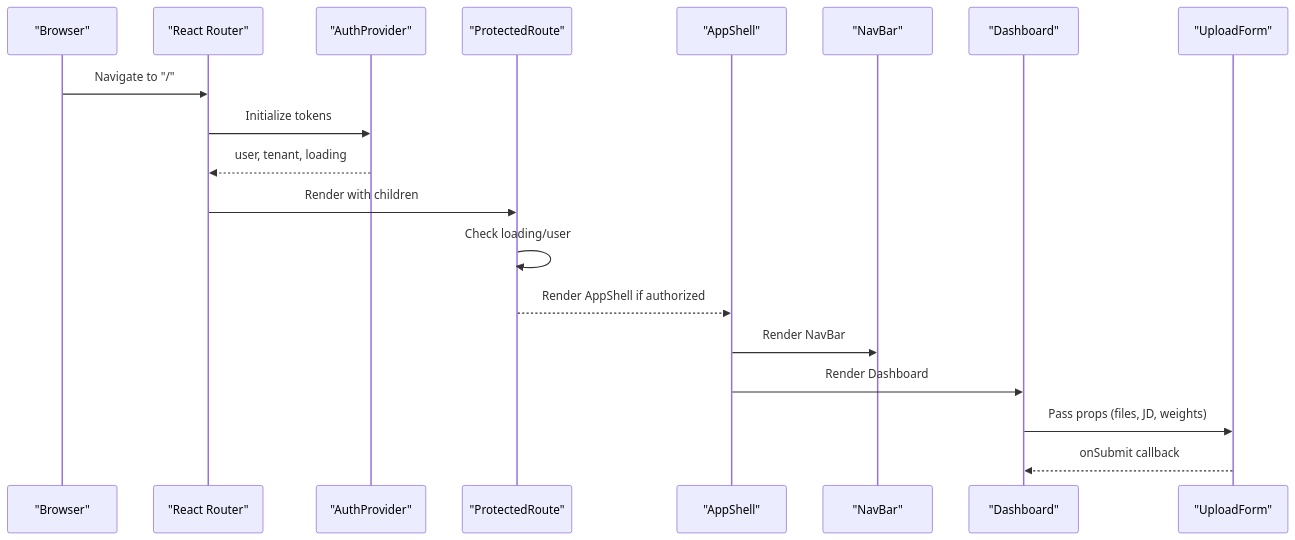
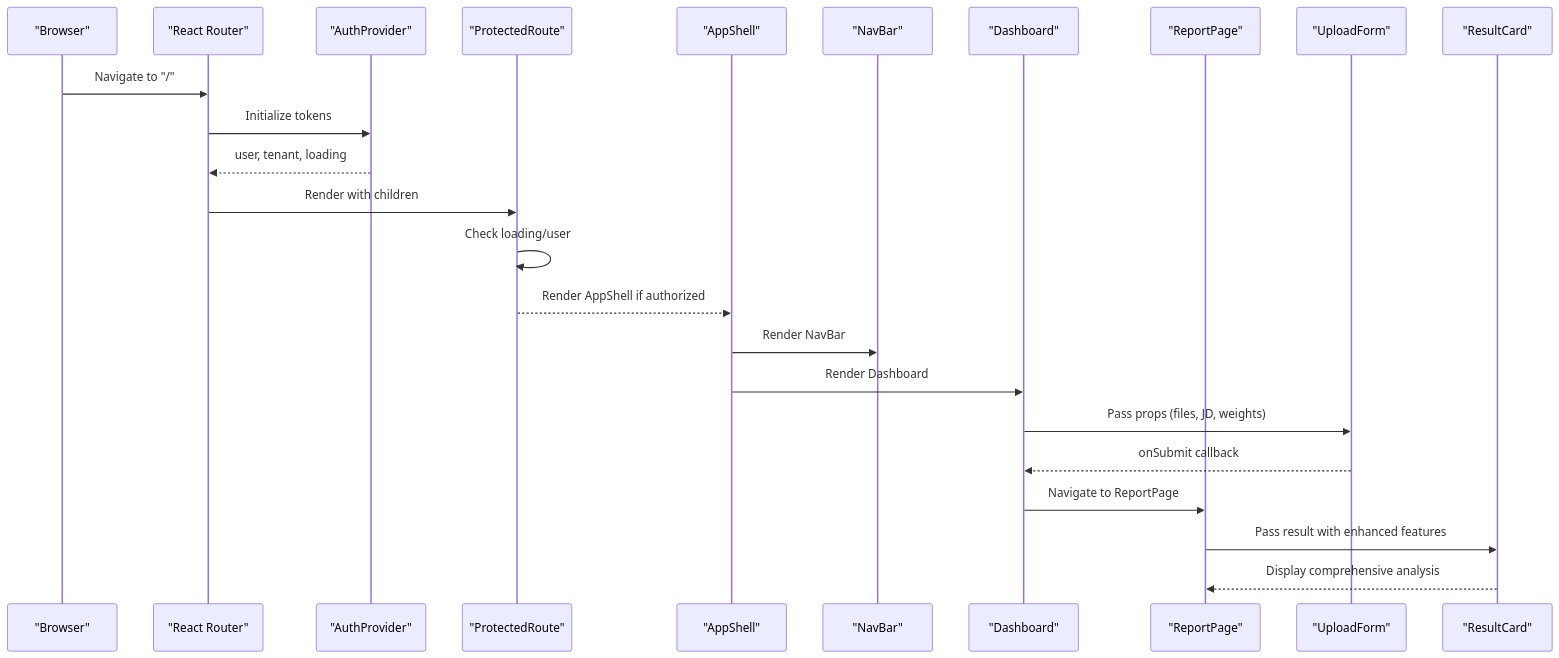
The second of 5 diagrams in .qoder/repowiki/en/content/Frontend Architecture/Component Library.md (Revanththetalogics/aireume), drawn with Mermaid before and after one commit. The commit also changed other lines of this file and 33 other files, not shown here.

````diff
--- a/.qoder/repowiki/en/content/Frontend Architecture/Component Library.md
+++ b/.qoder/repowiki/en/content/Frontend Architecture/Component Library.md
@@ -115,21 +126,26 @@
 ```mermaid
 sequenceDiagram
 participant Browser as "Browser"
 participant Router as "React Router"
 participant Auth as "AuthProvider"
 participant Guard as "ProtectedRoute"
 participant Shell as "AppShell"
 participant Nav as "NavBar"
 participant Page as "Dashboard"
+participant Report as "ReportPage"
 participant Form as "UploadForm"
+participant Result as "ResultCard"
 Browser->>Router : Navigate to "/"
 Router->>Auth : Initialize tokens
 Auth-->>Router : user, tenant, loading
 Router->>Guard : Render with children
 Guard->>Guard : Check loading/user
 Guard-->>Shell : Render AppShell if authorized
 Shell->>Nav : Render NavBar
 Shell->>Page : Render Dashboard
 Page->>Form : Pass props (files, JD, weights)
 Form-->>Page : onSubmit callback
+Page->>Report : Navigate to ReportPage
+Report->>Result : Pass result with enhanced features
+Result-->>Report : Display comprehensive analysis
 ```
````
